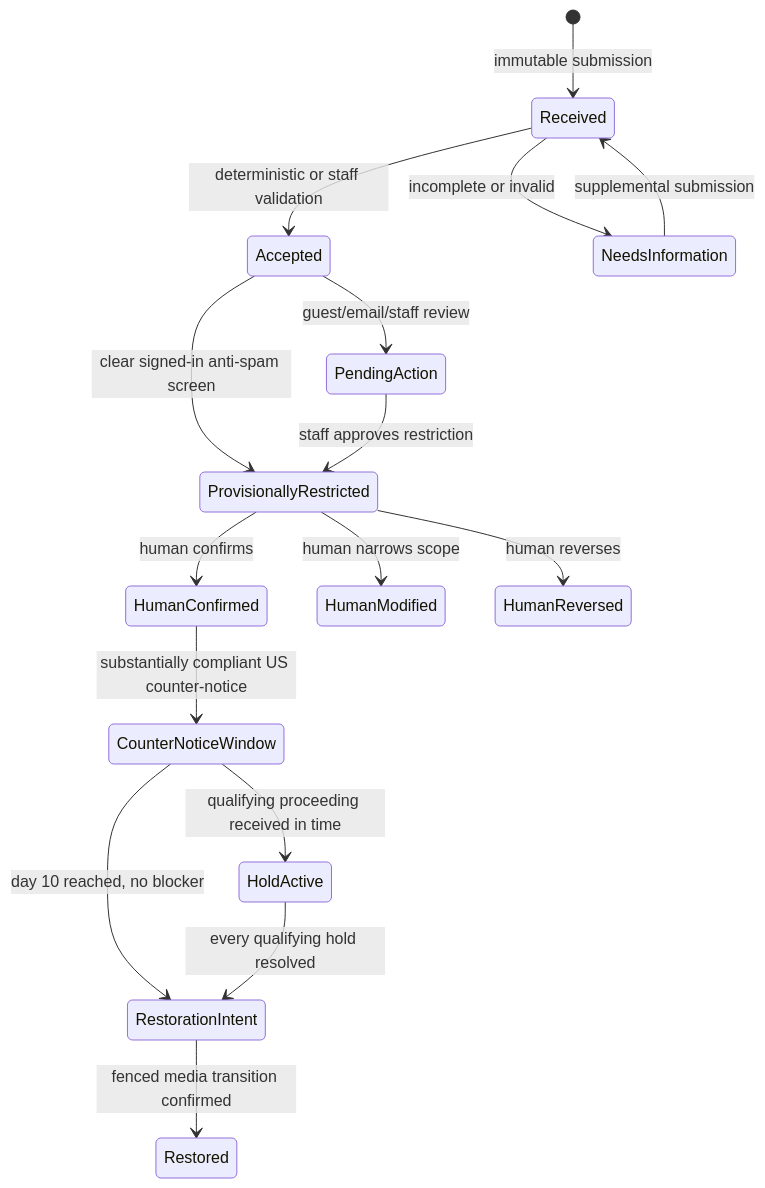
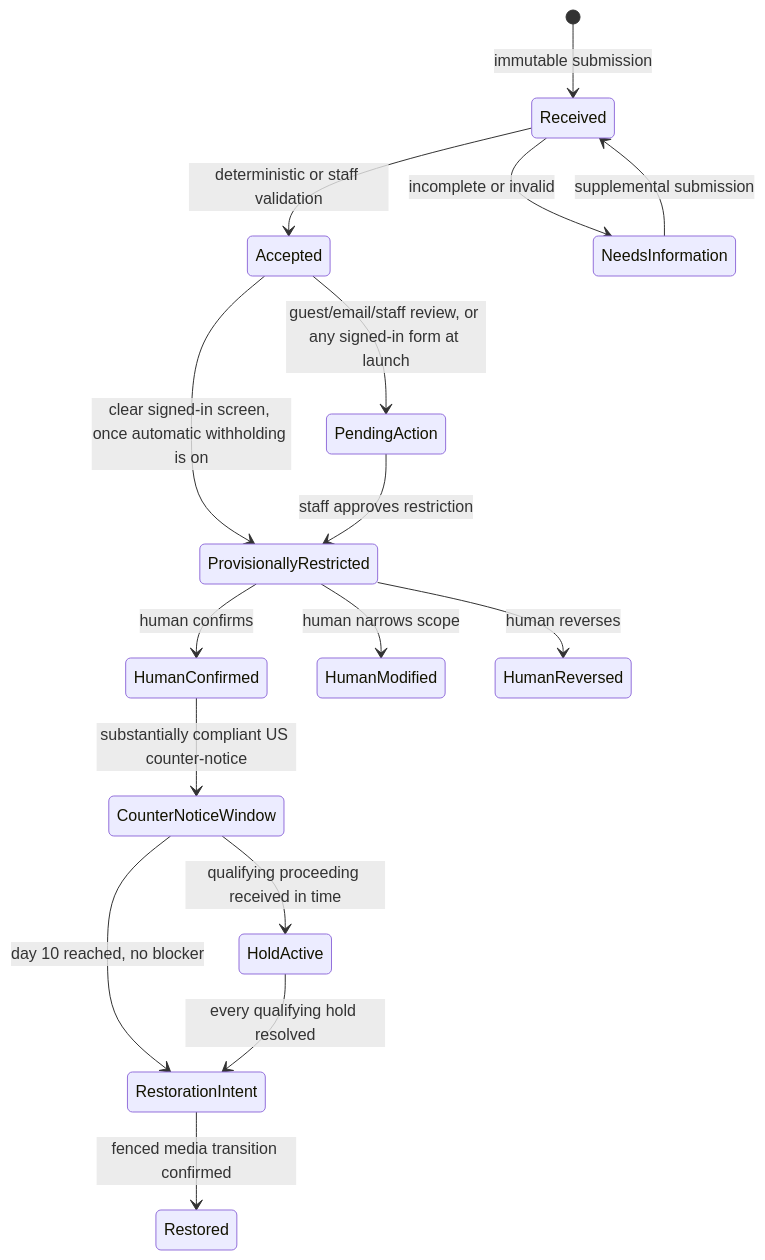
The diagram in docs/requirements/moderation/COPYRIGHT-NOTICES.md (vouchington/vouchington), drawn with Mermaid before and after one commit. The commit also changed other lines of this file and 14 other files, not shown here.

First line of the commit message:
test(copyright): cover moderator-first withholding and document the launch switch

````diff
--- a/docs/requirements/moderation/COPYRIGHT-NOTICES.md
+++ b/docs/requirements/moderation/COPYRIGHT-NOTICES.md
@@ -110,18 +110,18 @@
 ```mermaid
 stateDiagram-v2
   [*] --> Received: immutable submission
   Received --> Accepted: deterministic or staff validation
   Received --> NeedsInformation: incomplete or invalid
   NeedsInformation --> Received: supplemental submission
-  Accepted --> PendingAction: guest/email/staff review
-  Accepted --> ProvisionallyRestricted: clear signed-in anti-spam screen
+  Accepted --> PendingAction: guest/email/staff review, or any signed-in form at launch
+  Accepted --> ProvisionallyRestricted: clear signed-in screen, once automatic withholding is on
   PendingAction --> ProvisionallyRestricted: staff approves restriction
   ProvisionallyRestricted --> HumanConfirmed: human confirms
   ProvisionallyRestricted --> HumanModified: human narrows scope
   ProvisionallyRestricted --> HumanReversed: human reverses
   HumanConfirmed --> CounterNoticeWindow: substantially compliant US counter-notice
   CounterNoticeWindow --> HoldActive: qualifying proceeding received in time
   CounterNoticeWindow --> RestorationIntent: day 10 reached, no blocker
   HoldActive --> RestorationIntent: every qualifying hold resolved
   RestorationIntent --> Restored: fenced media transition confirmed
 ```
````
